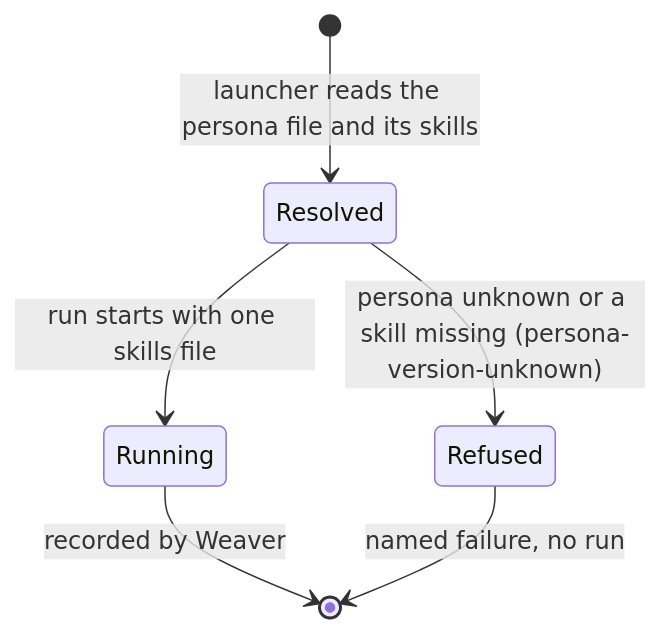
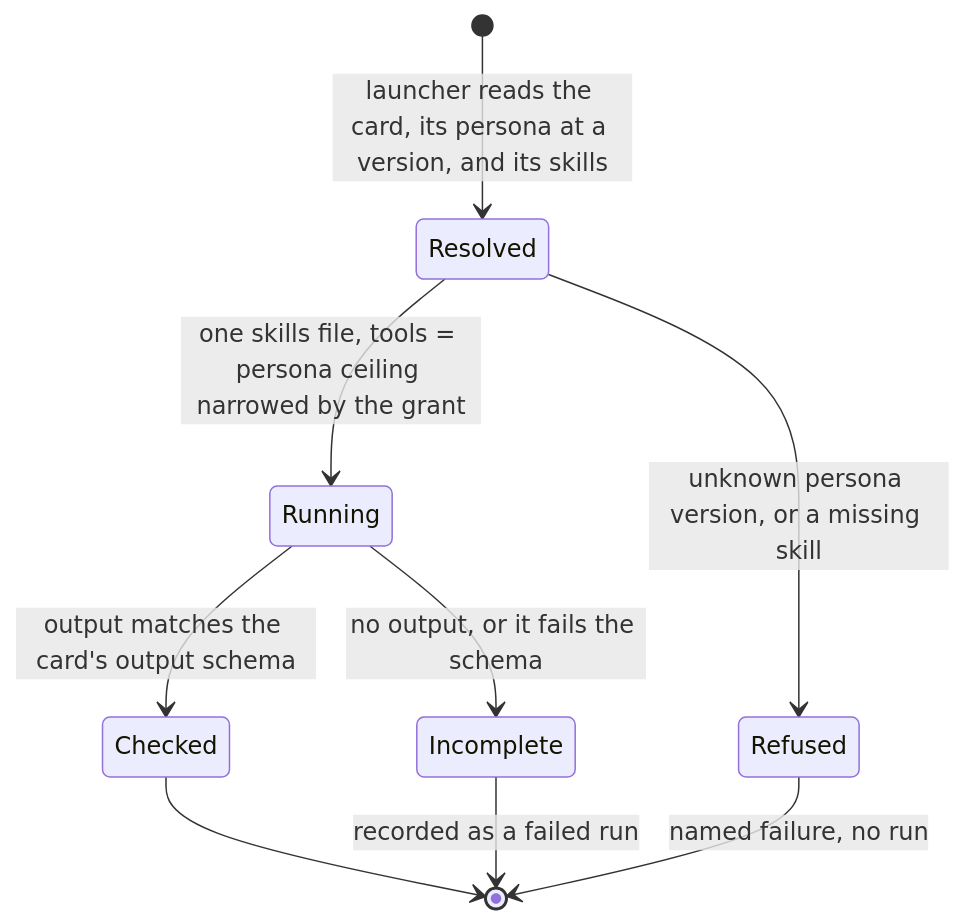
Before and after one commit to sibulus13/claudence: the third of 3 diagrams in docs/work/agent-consolidation/README.md, drawn with Mermaid. The commit also changed other lines of this file and 1 other file, not shown here.

First line of the commit message:
docs: agent-consolidation merges the card plan; 11 cards on 7 personas, grants per card, design review pass

````diff
--- a/docs/work/agent-consolidation/README.md
+++ b/docs/work/agent-consolidation/README.md
@@ -67,8 +94,11 @@
 ```mermaid
 stateDiagram-v2
-  [*] --> Resolved: launcher reads the persona file and its skills
-  Resolved --> Refused: persona unknown or a skill missing (persona-version-unknown)
-  Resolved --> Running: run starts with one skills file
-  Running --> [*]: recorded by Weaver
+  [*] --> Resolved: launcher reads the card, its persona at a version, and its skills
+  Resolved --> Refused: unknown persona version, or a missing skill
+  Resolved --> Running: one skills file, tools = persona ceiling narrowed by the grant
+  Running --> Checked: output matches the card's output schema
+  Running --> Incomplete: no output, or it fails the schema
+  Checked --> [*]
+  Incomplete --> [*]: recorded as a failed run
   Refused --> [*]: named failure, no run
 ```
````
